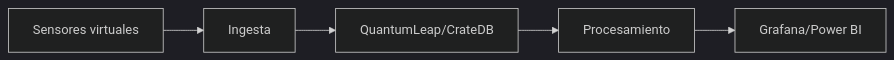
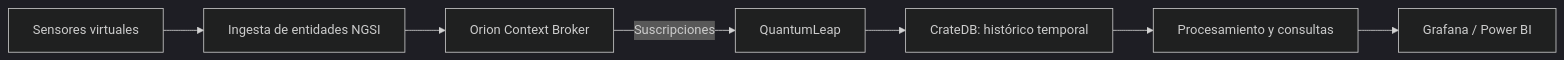
The diagram in README.md (CarlosPrades/bigdata-p3-fiware), drawn with Mermaid (dark theme) before and after one commit. The commit also changed other lines of this file, not shown here.

````diff
--- a/README.md
+++ b/README.md
@@ -10,7 +15,9 @@
 ```mermaid
 graph LR
-    A[Sensores virtuales] --> B[Ingesta]
-    B --> C[QuantumLeap/CrateDB]
-    C --> D[Procesamiento]
-    D --> E[Grafana/Power BI]
+    A["Sensores virtuales"] --> B["Ingesta de entidades NGSI"]
+    B --> C["Orion Context Broker"]
+    C -->|"Suscripciones"| D["QuantumLeap"]
+    D --> E["CrateDB: histórico temporal"]
+    E --> F["Procesamiento y consultas"]
+    F --> G["Grafana / Power BI"]
 ```
````
